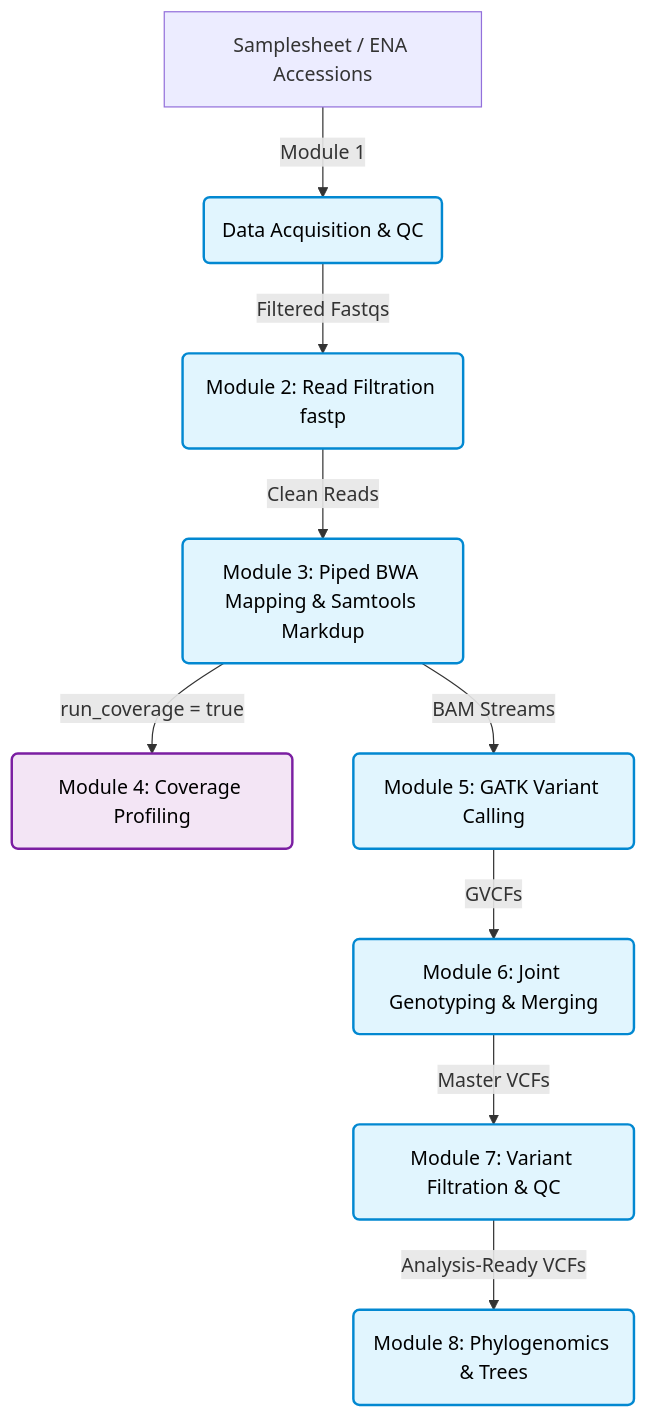
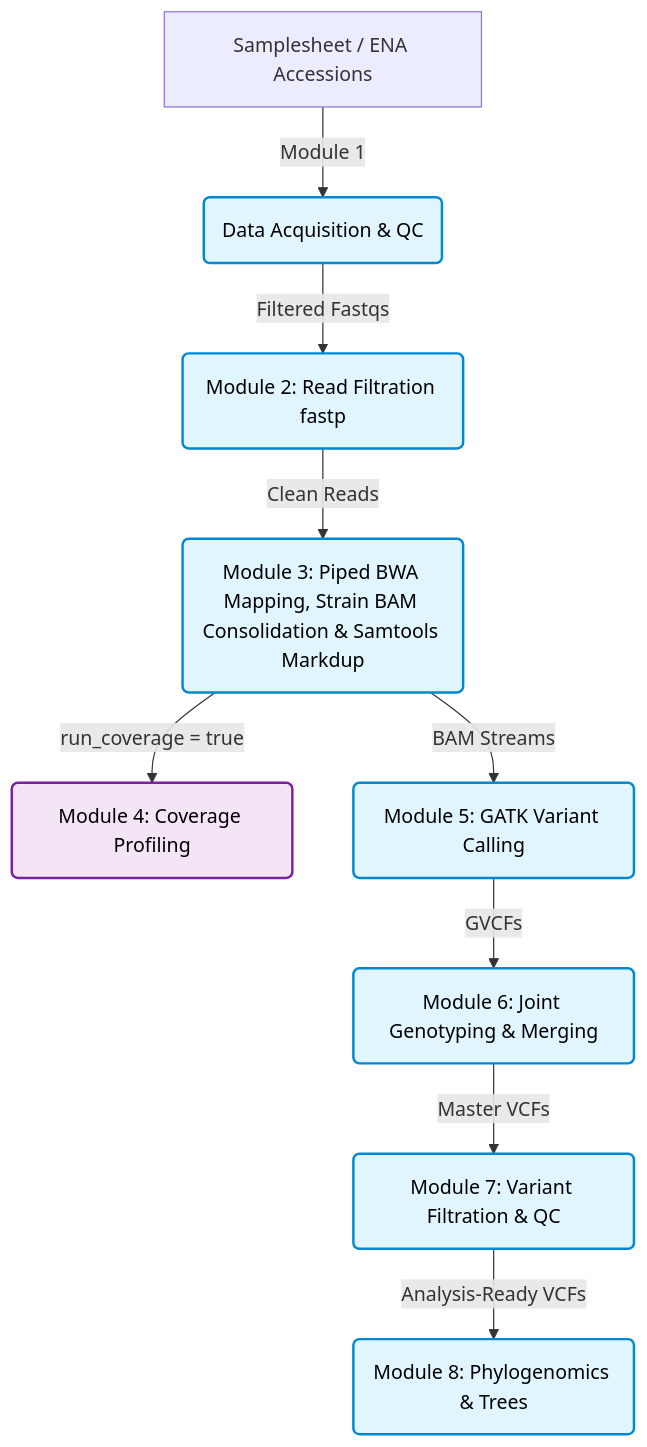
The diagram in README.md (hanzala-14/saccharomyces-genomics-pipeline), drawn with Mermaid before and after one commit. The commit also changed other lines of this file and 3 other files, not shown here.

`````diff
--- a/README.md
+++ b/README.md
@@ -16,21 +18,21 @@
 ```mermaid
 graph TD
     classDef active fill:#e1f5fe,stroke:#0288d1,stroke-width:2px,color:#000;
     classDef optional fill:#f3e5f5,stroke:#7b1fa2,stroke-width:2px,color:#000;
     classDef future fill:#f5f5f5,stroke:#616161,stroke-width:2px,stroke-dasharray: 5 5,color:#555;
 
     A[Samplesheet / ENA Accessions] -->|Module 1| B(Data Acquisition & QC)
     B -->|Filtered Fastqs| C(Module 2: Read Filtration fastp)
-    C -->|Clean Reads| D(Module 3: Piped BWA Mapping & Samtools Markdup)
+    C -->|Clean Reads| D(Module 3: Piped BWA Mapping, Strain BAM Consolidation & Samtools Markdup)
     
     D -->|run_coverage = true| E(Module 4: Coverage Profiling)
     D -->|BAM Streams| F(Module 5: GATK Variant Calling)
     
     F -->|GVCFs| G(Module 6: Joint Genotyping & Merging)
     G -->|Master VCFs| H(Module 7: Variant Filtration & QC)
+    
     H -->|Analysis-Ready VCFs| I(Module 8: Phylogenomics & Trees)
 
     class B,C,D,F,G,H,I active;
     class E optional;
-
-```
+````
`````
